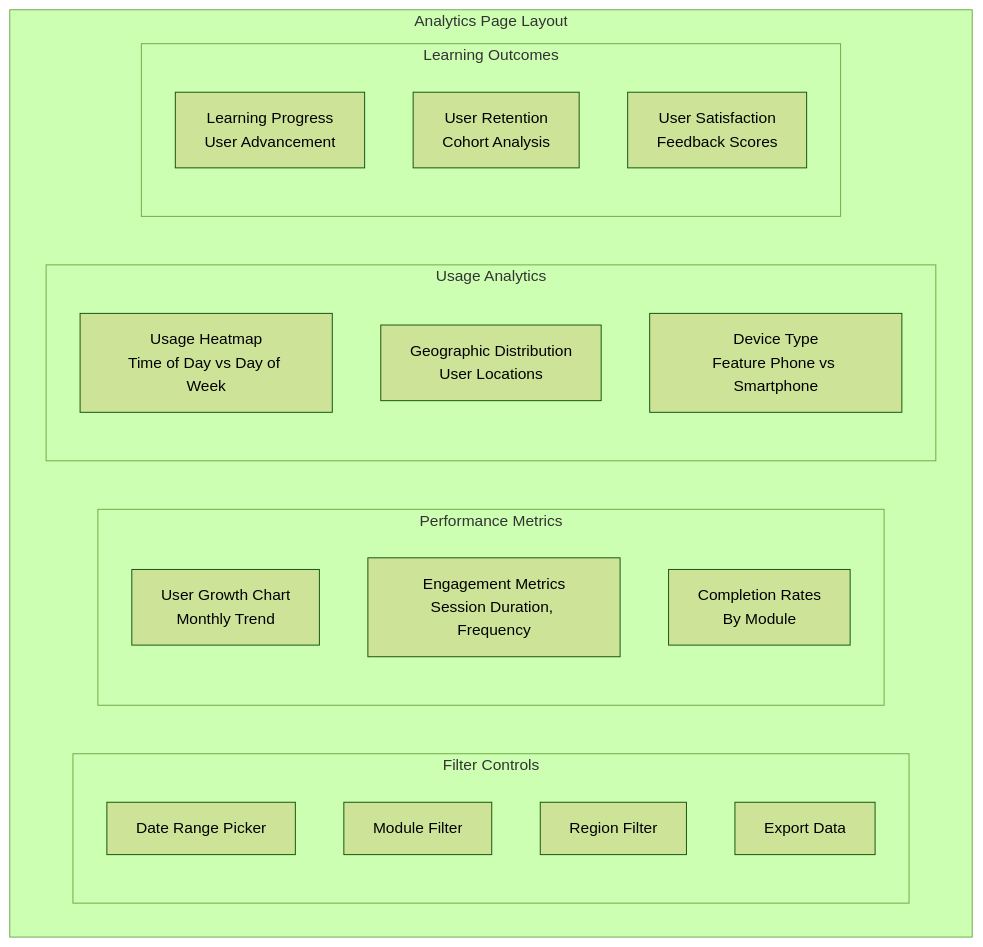
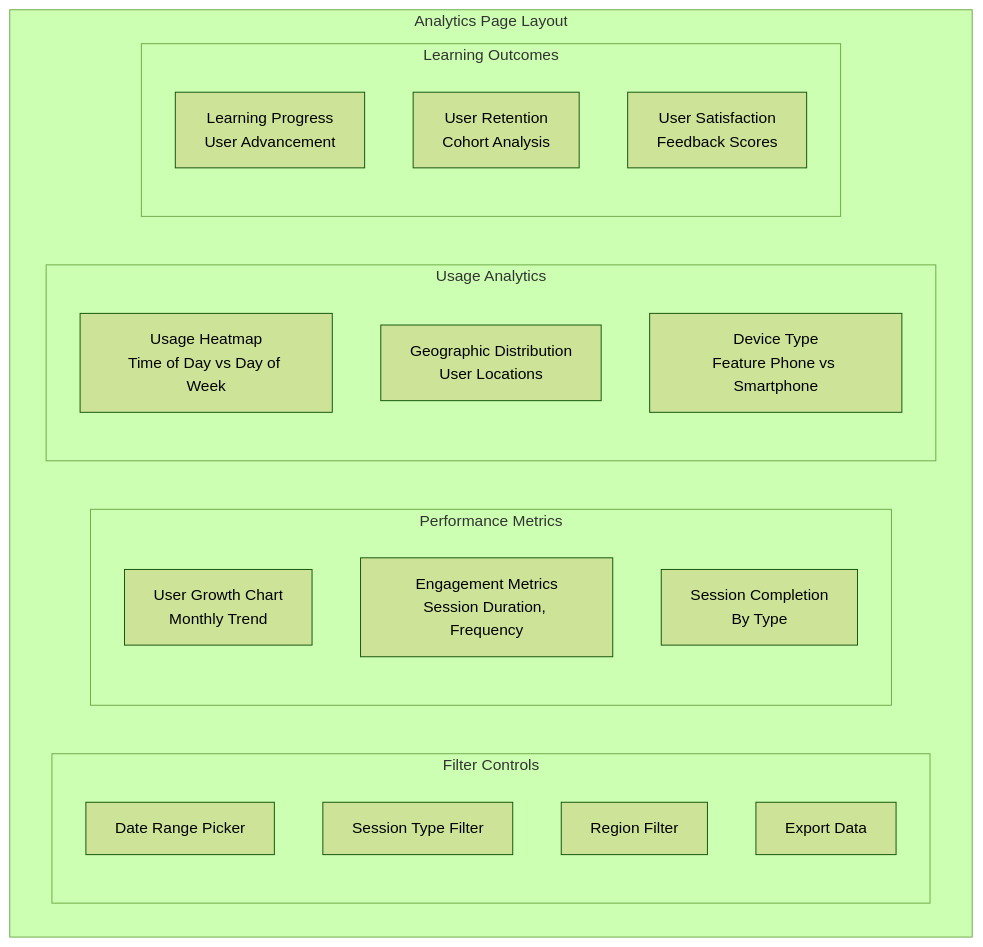
Before and after one commit to bakameai/mvp: the second of 7 diagrams in docs/admin_dashboard_wireframes.md, drawn with Mermaid (forest theme). The commit also changed other lines of this file and 16 other files, not shown here.

````diff
--- a/docs/admin_dashboard_wireframes.md
+++ b/docs/admin_dashboard_wireframes.md
@@ -39,29 +39,29 @@
 ```mermaid
 flowchart TD
     subgraph "Analytics Page Layout"
         subgraph "Filter Controls"
             DateRange[Date Range Picker]
-            ModuleFilter[Module Filter]
+            TypeFilter[Session Type Filter]
             RegionFilter[Region Filter]
             ExportBtn[Export Data]
         end
         
         subgraph "Performance Metrics"
             UserGrowth[User Growth Chart<br/>Monthly Trend]
             Engagement[Engagement Metrics<br/>Session Duration, Frequency]
-            Completion[Completion Rates<br/>By Module]
+            Completion[Session Completion<br/>By Type]
         end
         
         subgraph "Usage Analytics"
             HeatMap[Usage Heatmap<br/>Time of Day vs Day of Week]
             Geographic[Geographic Distribution<br/>User Locations]
             DeviceType[Device Type<br/>Feature Phone vs Smartphone]
         end
         
         subgraph "Learning Outcomes"
             Progress[Learning Progress<br/>User Advancement]
             Retention[User Retention<br/>Cohort Analysis]
             Satisfaction[User Satisfaction<br/>Feedback Scores]
         end
     end
 ```
````
